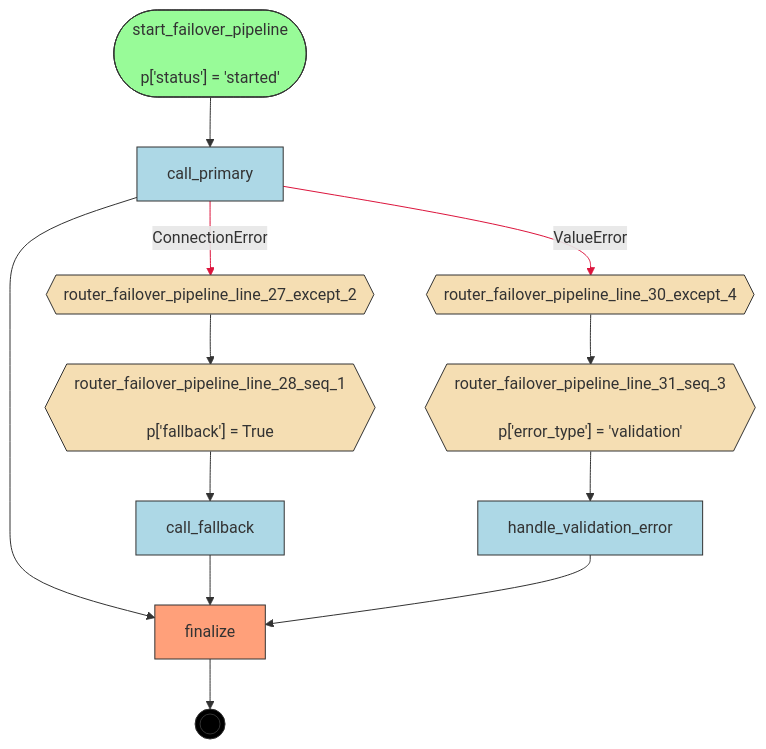
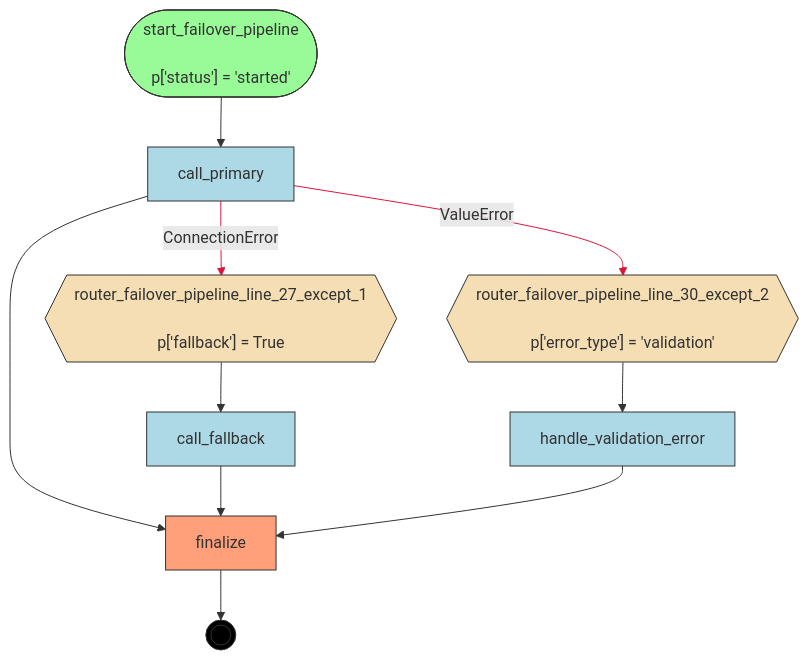
The diagram in examples/flows/compiled/resiliency_error_routing/flow.mmd (deliveryhero/asya), drawn with Mermaid before and after one commit. The commit also changed 13 other files, not shown here.

Commit message:
chore: recompile resiliency_error_routing with inlined except routers

```diff
--- a/examples/flows/compiled/resiliency_error_routing/flow.mmd
+++ b/examples/flows/compiled/resiliency_error_routing/flow.mmd
@@ -1,37 +1,33 @@
 flowchart TD
     %% Flow: failover_pipeline
 
     call_fallback[call_fallback]
     call_primary[call_primary]
     finalize[finalize]
     handle_validation_error[handle_validation_error]
-    router_failover_pipeline_line_27_except_2{{router_failover_pipeline_line_27_except_2}}
-    router_failover_pipeline_line_28_seq_1{{"router_failover_pipeline_line_28_seq_1<br/><br/>p['fallback'] = True"}}
-    router_failover_pipeline_line_30_except_4{{router_failover_pipeline_line_30_except_4}}
-    router_failover_pipeline_line_31_seq_3{{"router_failover_pipeline_line_31_seq_3<br/><br/>p['error_type'] = 'validation'"}}
+    router_failover_pipeline_line_27_except_1{{"router_failover_pipeline_line_27_except_1<br/><br/>p['fallback'] = True"}}
+    router_failover_pipeline_line_30_except_2{{"router_failover_pipeline_line_30_except_2<br/><br/>p['error_type'] = 'validation'"}}
     start_failover_pipeline(["start_failover_pipeline<br/><br/>p['status'] = 'started'"])
     __end__((( )))
 
     start_failover_pipeline --> call_primary
     call_primary --> finalize
-    router_failover_pipeline_line_28_seq_1 --> call_fallback
-    router_failover_pipeline_line_27_except_2 --> router_failover_pipeline_line_28_seq_1
-    router_failover_pipeline_line_31_seq_3 --> handle_validation_error
-    router_failover_pipeline_line_30_except_4 --> router_failover_pipeline_line_31_seq_3
-    call_primary -->|"ConnectionError"| router_failover_pipeline_line_27_except_2
-    call_primary -->|"ValueError"| router_failover_pipeline_line_30_except_4
+    router_failover_pipeline_line_27_except_1 --> call_fallback
     call_fallback --> finalize
+    router_failover_pipeline_line_30_except_2 --> handle_validation_error
     handle_validation_error --> finalize
+    call_primary -->|"ConnectionError"| router_failover_pipeline_line_27_except_1
+    call_primary -->|"ValueError"| router_failover_pipeline_line_30_except_2
     finalize --> __end__
 
     classDef start fill:#98FB98,stroke:#333
     classDef endnode fill:#FFA07A,stroke:#333
     classDef router fill:#F5DEB3,stroke:#333
     classDef handler fill:#ADD8E6,stroke:#333
     classDef endpoint fill:#000,stroke:#333,color:#fff
     class start_failover_pipeline start
     class finalize endnode
-    class router_failover_pipeline_line_27_except_2,router_failover_pipeline_line_28_seq_1,router_failover_pipeline_line_30_except_4,router_failover_pipeline_line_31_seq_3 router
+    class router_failover_pipeline_line_27_except_1,router_failover_pipeline_line_30_except_2 router
     class call_fallback,call_primary,handle_validation_error handler
     class __end__ endpoint
     linkStyle 6,7 stroke:#DC143C
```
